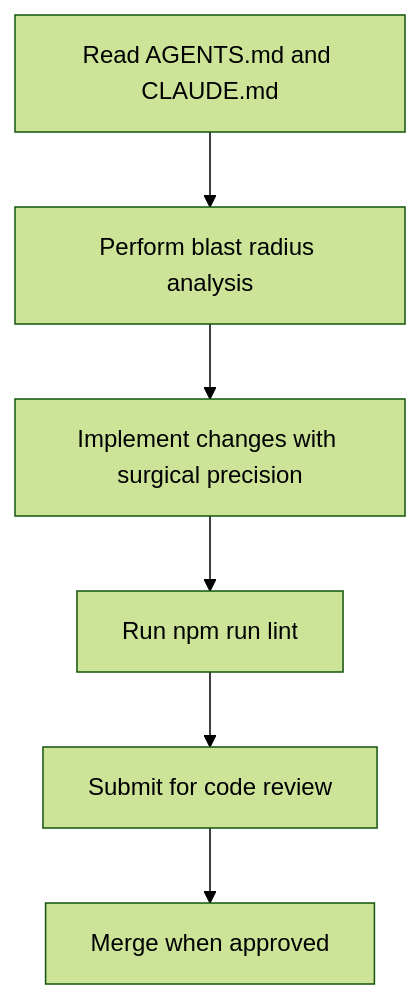
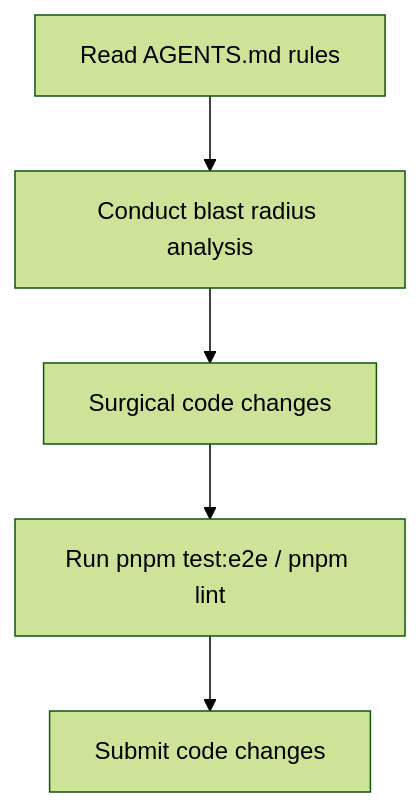
The fourth of 4 diagrams in docs/en/content/Development Guidelines & Best Practices.md (algorithmsEvolve/momentoclient-fe), drawn with Mermaid (forest theme) before and after one commit. The commit also changed other lines of this file and 14 other files, not shown here.

````diff
--- a/docs/en/content/Development Guidelines & Best Practices.md
+++ b/docs/en/content/Development Guidelines & Best Practices.md
@@ -288,8 +152,7 @@
 ```mermaid
 flowchart TD
-ReadDocs["Read AGENTS.md and CLAUDE.md"] --> Analyze["Perform blast radius analysis"]
-Analyze --> Implement["Implement changes with surgical precision"]
-Implement --> Lint["Run npm run lint"]
-Lint --> Review["Submit for code review"]
-Review --> Merge["Merge when approved"]
+ReadDocs["Read AGENTS.md rules"] --> Analyze["Conduct blast radius analysis"]
+Analyze --> Implement["Surgical code changes"]
+Implement --> Test["Run pnpm test:e2e / pnpm lint"]
+Test --> Review["Submit code changes"]
 ```
````
